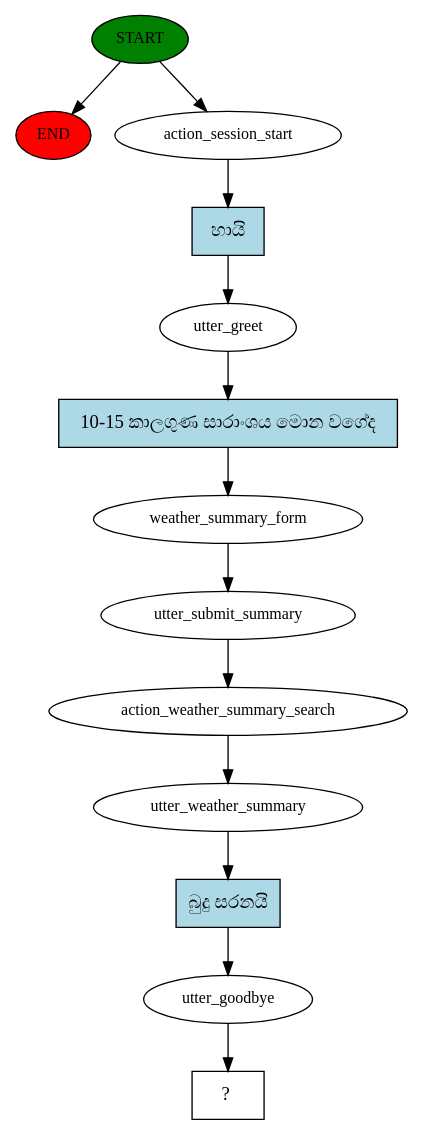
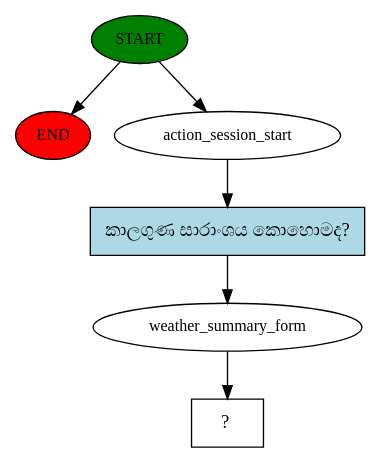
The diagram in story_graph.dot (vimuth97/sinhala-weather-chatbot), drawn with Graphviz before and after one commit. The commit also changed 5 other files, not shown here.

```diff
--- a/story_graph.dot
+++ b/story_graph.dot
@@ -1,27 +1,13 @@
 digraph  {
 0 [class="start active", fillcolor=green, fontsize=12, label=START, style=filled];
 "-1" [class=end, fillcolor=red, fontsize=12, label=END, style=filled];
 1 [class=active, fontsize=12, label=action_session_start];
-2 [class=active, fontsize=12, label=utter_greet];
-3 [class=active, fontsize=12, label=weather_summary_form];
-4 [class=active, fontsize=12, label=utter_submit_summary];
-5 [class=active, fontsize=12, label=action_weather_summary_search];
-6 [class=active, fontsize=12, label=utter_weather_summary];
-7 [class=active, fontsize=12, label=utter_goodbye];
-8 [class="intent dashed active", label="  ?  ", shape=rect];
-9 [class="intent active", fillcolor=lightblue, label="හායි", shape=rect, style=filled];
-10 [class="intent active", fillcolor=lightblue, label="10-15 කාලගුණ සාරාංශය මොන වගේද", shape=rect, style=filled];
-11 [class="intent active", fillcolor=lightblue, label="බුදු සරනයි", shape=rect, style=filled];
+2 [class=active, fontsize=12, label=weather_summary_form];
+3 [class="intent dashed active", label="  ?  ", shape=rect];
+4 [class="intent active", fillcolor=lightblue, label="කාලගුණ සාරාංශය කොහොමද?", shape=rect, style=filled];
 0 -> "-1"  [class="", key=NONE, label=""];
 0 -> 1  [class=active, key=NONE, label=""];
-1 -> 9  [class=active, key=0];
-2 -> 10  [class=active, key=0];
-3 -> 4  [class=active, key=NONE, label=""];
-4 -> 5  [class=active, key=NONE, label=""];
-5 -> 6  [class=active, key=NONE, label=""];
-6 -> 11  [class=active, key=0];
-7 -> 8  [class=active, key=NONE, label=""];
-9 -> 2  [class=active, key=0];
-10 -> 3  [class=active, key=0];
-11 -> 7  [class=active, key=0];
+1 -> 4  [class=active, key=0];
+2 -> 3  [class=active, key=NONE, label=""];
+4 -> 2  [class=active, key=0];
 }
```
